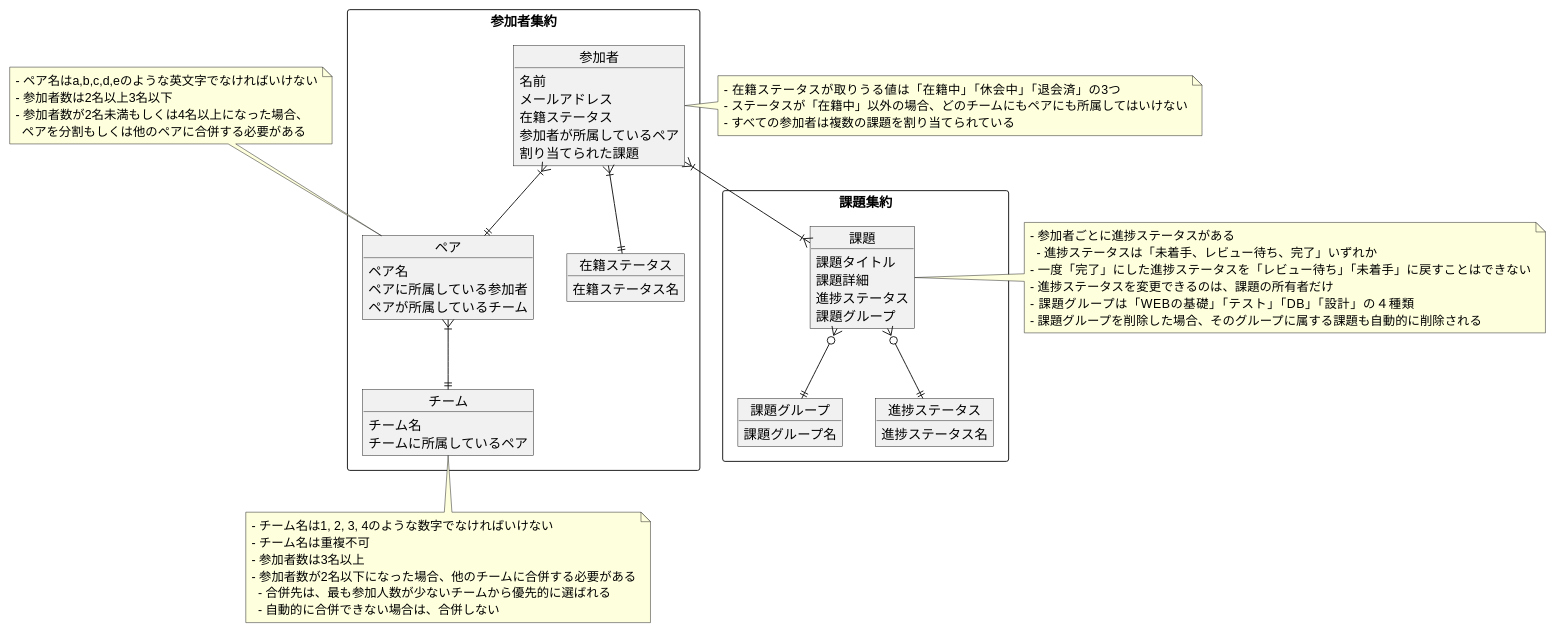
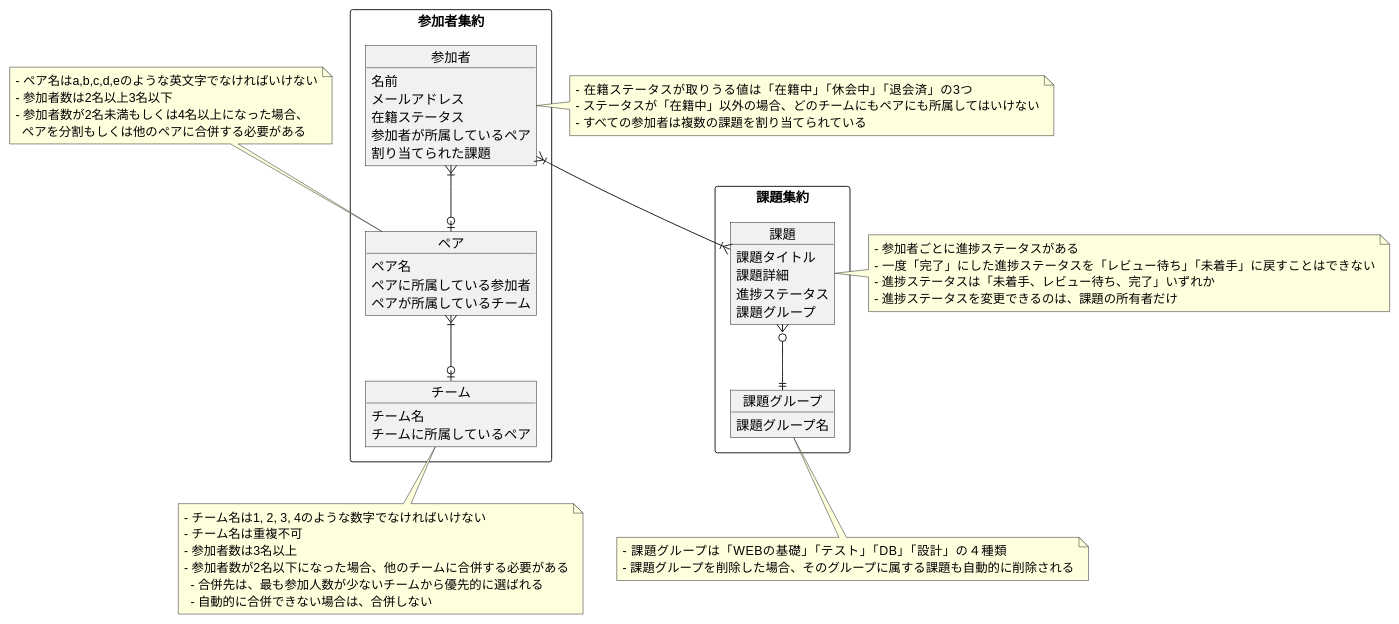
The diagram in 04_設計/04_プラハチャレンジをDDDで実装してみる/01_モデル図/ドメインモデル図.md (gn-t-k/PrAhaChallengeTasks), drawn with PlantUML before and after one commit. The commit also changed 1 other file, not shown here.

Commit message:
いろいろなモデル再考

````diff
--- a/04_設計/04_プラハチャレンジをDDDで実装してみる/01_モデル図/ドメインモデル図.md
+++ b/04_設計/04_プラハチャレンジをDDDで実装してみる/01_モデル図/ドメインモデル図.md
@@ -3,79 +3,74 @@
 ```plantuml
 @startuml
 
 rectangle 参加者集約 {
   Object 参加者 {
     名前
     メールアドレス
     在籍ステータス
     参加者が所属しているペア
     割り当てられた課題
   }
   Object ペア {
     ペア名
     ペアに所属している参加者
     ペアが所属しているチーム
   }
   Object チーム {
     チーム名
     チームに所属しているペア
   }
-  Object 在籍ステータス {
-    在籍ステータス名
-  }
 }
 rectangle 課題集約 {
   Object 課題 {
     課題タイトル
     課題詳細
     進捗ステータス
     課題グループ
   }
   Object 課題グループ {
     課題グループ名
   }
-  Object 進捗ステータス {
-    進捗ステータス名
-  }
 }
 
 参加者 }|--|{ 課題
-参加者 }|--|| 在籍ステータス
-参加者 }|--|| ペア
-ペア }|--|| チーム
+参加者 }|--o| ペア
+ペア }|--o| チーム
 課題 }o--|| 課題グループ
-課題 }o--|| 進捗ステータス
 
 note right of 参加者
 - 在籍ステータスが取りうる値は「在籍中」「休会中」「退会済」の3つ
 - ステータスが「在籍中」以外の場合、どのチームにもペアにも所属してはいけない
 - すべての参加者は複数の課題を割り当てられている
 endnote
 
 note top of ペア
 - ペア名はa,b,c,d,eのような英文字でなければいけない
 - 参加者数は2名以上3名以下
 - 参加者数が2名未満もしくは4名以上になった場合、
   ペアを分割もしくは他のペアに合併する必要がある
 end note
 
 note bottom of チーム
 - チーム名は1, 2, 3, 4のような数字でなければいけない
 - チーム名は重複不可
 - 参加者数は3名以上
 - 参加者数が2名以下になった場合、他のチームに合併する必要がある
   - 合併先は、最も参加人数が少ないチームから優先的に選ばれる
   - 自動的に合併できない場合は、合併しない
 end note
 
 note right of 課題
 - 参加者ごとに進捗ステータスがある
-  - 進捗ステータスは「未着手、レビュー待ち、完了」いずれか
 - 一度「完了」にした進捗ステータスを「レビュー待ち」「未着手」に戻すことはできない
+- 進捗ステータスは「未着手、レビュー待ち、完了」いずれか
 - 進捗ステータスを変更できるのは、課題の所有者だけ
+end note
+
+note bottom of 課題グループ
 - 課題グループは「WEBの基礎」「テスト」「DB」「設計」の４種類
 - 課題グループを削除した場合、そのグループに属する課題も自動的に削除される
 end note
 
 @enduml
 ```
````
